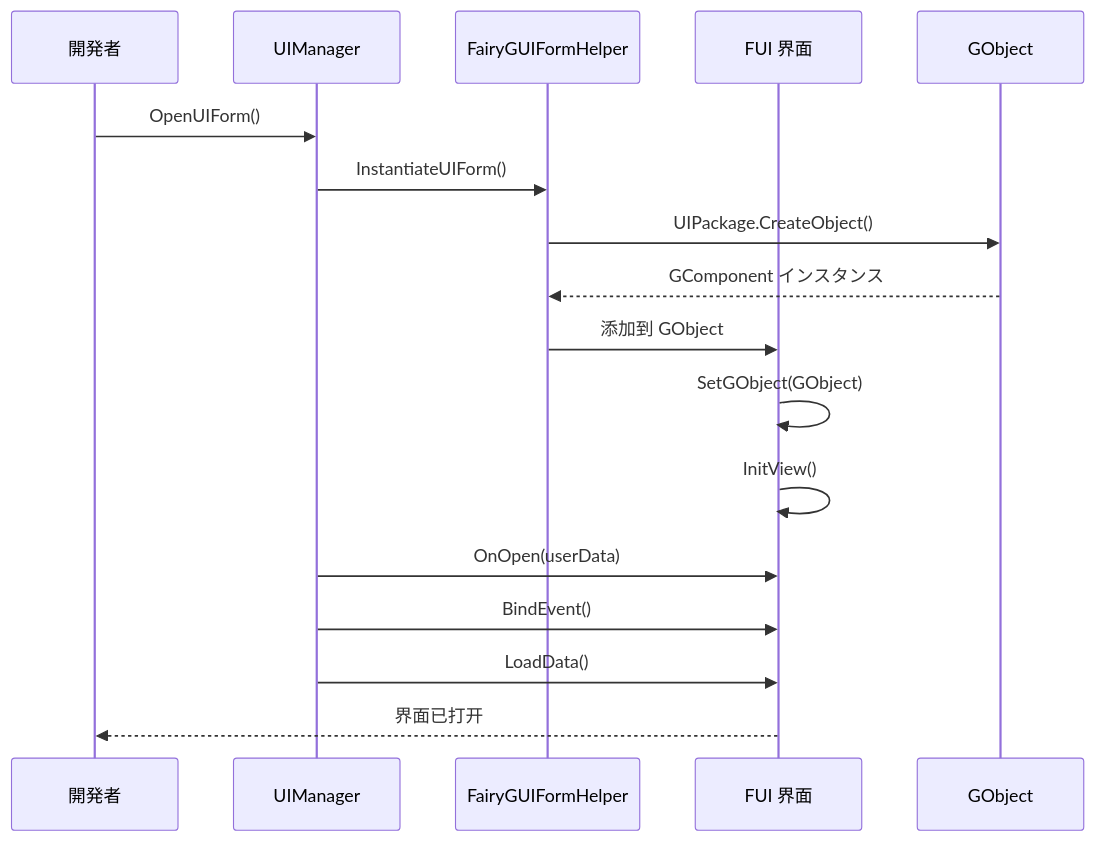
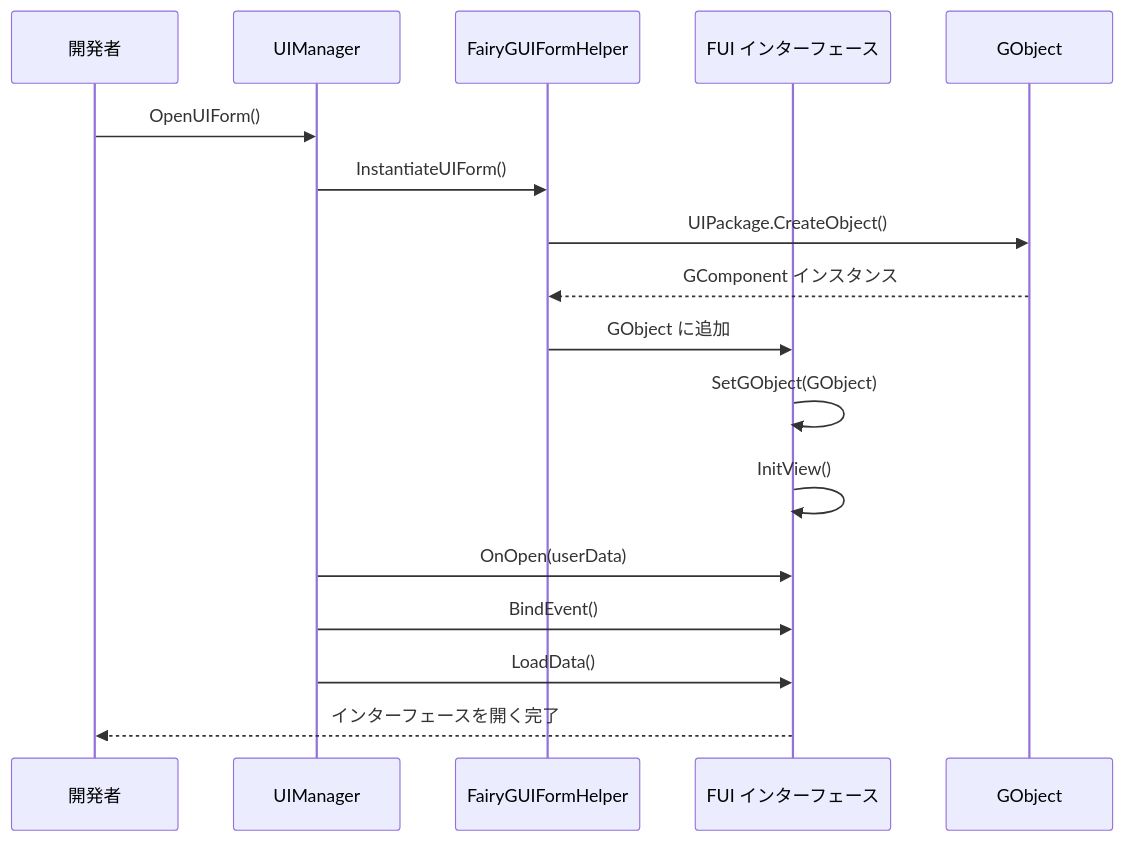
One commit to AlianBlank/GameFrameX.Docs changed the third of 3 diagrams in docs/ja/client/unity/component/ui-fairygui/06.fui-base-class.md. Above: the diagram before and after it, drawn with Mermaid. The commit also changed other lines of this file and 320 other files, not shown here.

````diff
--- a/docs/ja/client/unity/component/ui-fairygui/06.fui-base-class.md
+++ b/docs/ja/client/unity/component/ui-fairygui/06.fui-base-class.md
@@ -90,20 +90,20 @@
 ```mermaid
 sequenceDiagram
     participant Dev as 開発者
     participant UM as UIManager
     participant FG as FairyGUIFormHelper
-    participant FUI as FUI 界面
+    participant FUI as FUI インターフェース
     participant GO as GObject
 
     Dev->>UM: OpenUIForm()
     UM->>FG: InstantiateUIForm()
     FG->>GO: UIPackage.CreateObject()
     GO-->>FG: GComponent インスタンス
-    FG->>FUI: 添加到 GObject
+    FG->>FUI: GObject に追加
     FUI->>FUI: SetGObject(GObject)
     FUI->>FUI: InitView()
     UM->>FUI: OnOpen(userData)
     UM->>FUI: BindEvent()
     UM->>FUI: LoadData()
-    FUI-->>Dev: 界面已打开
+    FUI-->>Dev: インターフェースを開く完了
 ```
````
